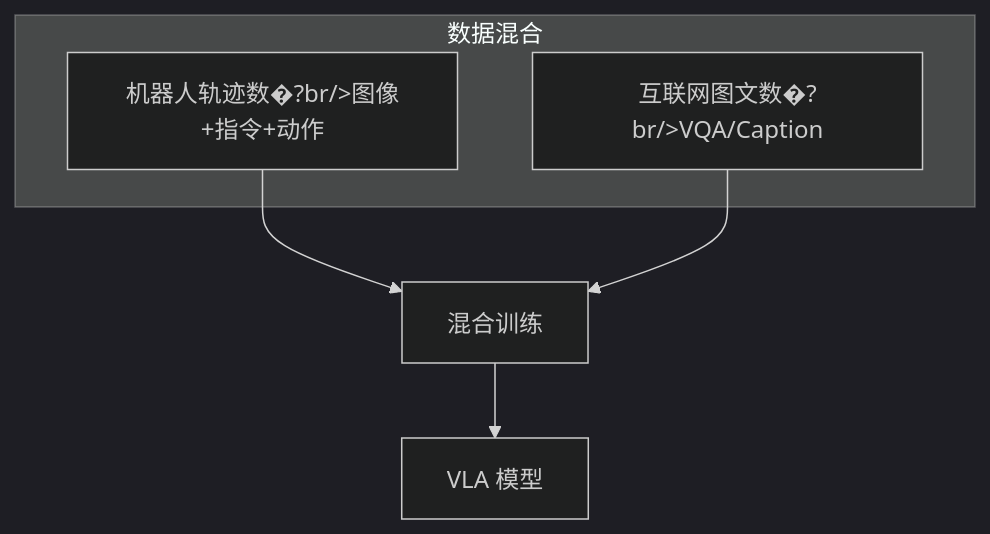
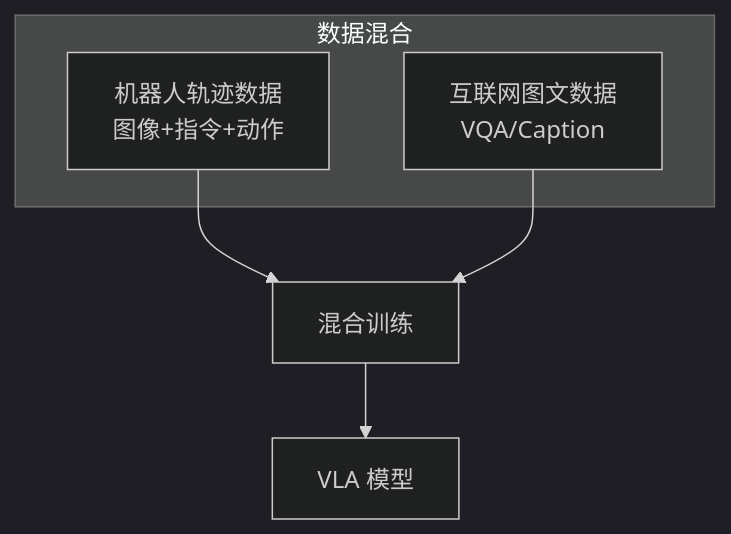
The eighth of 11 diagrams in docs/llms/multimodal/rag-agent.md (likebeans/notes-on-llms), drawn with Mermaid (dark theme) before and after one commit. The commit also changed other lines of this file and 8 other files, not shown here.

````diff
--- a/docs/llms/multimodal/rag-agent.md
+++ b/docs/llms/multimodal/rag-agent.md
@@ -283,11 +283,11 @@
 ```mermaid
 flowchart TB
     subgraph 数据混合
-        ROBOT[机器人轨迹数�?br/>图像+指令+动作]
-        WEB[互联网图文数�?br/>VQA/Caption]
+        ROBOT[机器人轨迹数据<br/>图像+指令+动作]
+        WEB[互联网图文数据<br/>VQA/Caption]
     end
     
     ROBOT --> MIX[混合训练]
     WEB --> MIX
     MIX --> VLA[VLA 模型]
 ```
````
